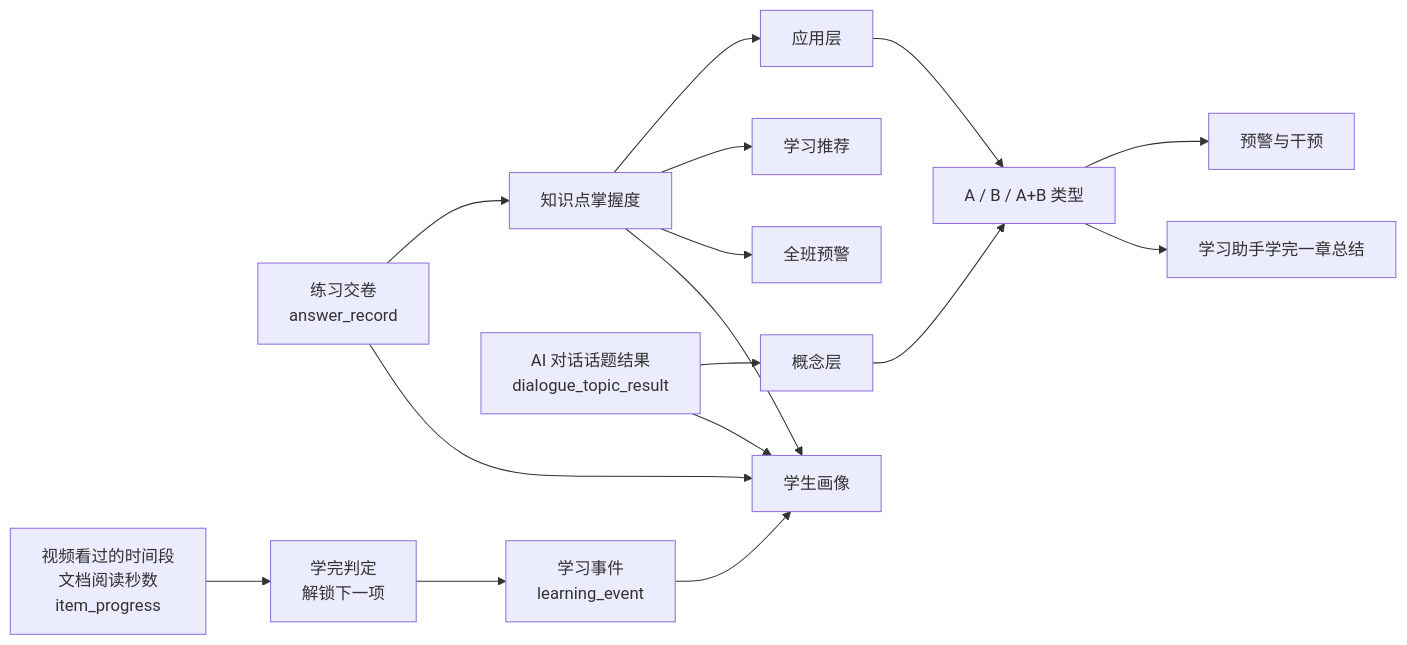
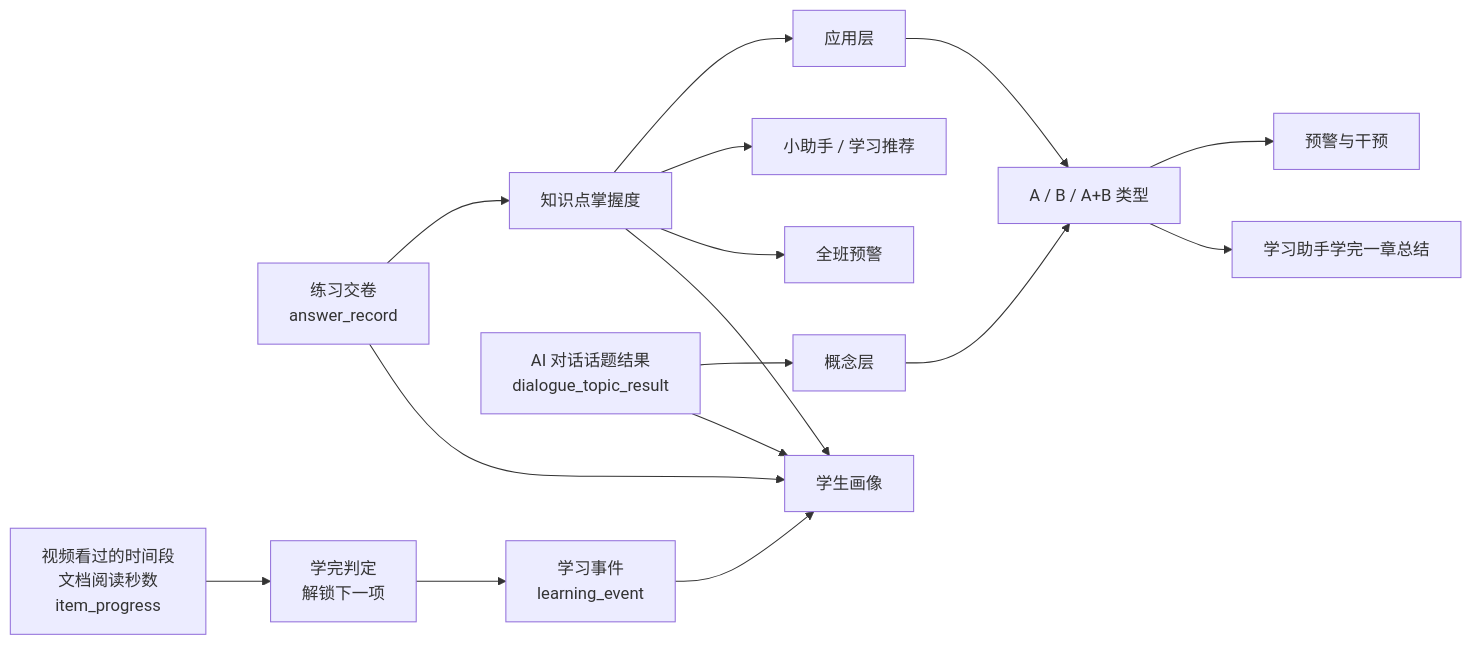
Before and after one commit to BRYANSOONZEN/Ai-Agent-Learning-Assistant: the first of 2 diagrams in docs/模块说明/学情计算方法与公式.md, drawn with Mermaid. The commit also changed other lines of this file and 25 other files, not shown here.

````diff
--- a/docs/模块说明/学情计算方法与公式.md
+++ b/docs/模块说明/学情计算方法与公式.md
@@ -9,18 +9,18 @@
 ```mermaid
 flowchart LR
   A[练习交卷<br>answer_record] --> M[知识点掌握度]
   D[AI 对话话题结果<br>dialogue_topic_result] --> C[概念层]
   M --> P[应用层]
   P --> T[A / B / A+B 类型]
   C --> T
   T --> I[预警与干预]
   T --> S[学习助手学完一章总结]
-  M --> R[学习推荐]
+  M --> R[小助手 / 学习推荐]
   M --> G[全班预警]
   M --> F[学生画像]
   A --> F
   D --> F
   E[学习事件<br>learning_event] --> F
   V[视频看过的时间段<br>文档阅读秒数<br>item_progress] --> U[学完判定<br>解锁下一项]
   U --> E
 ```
````
